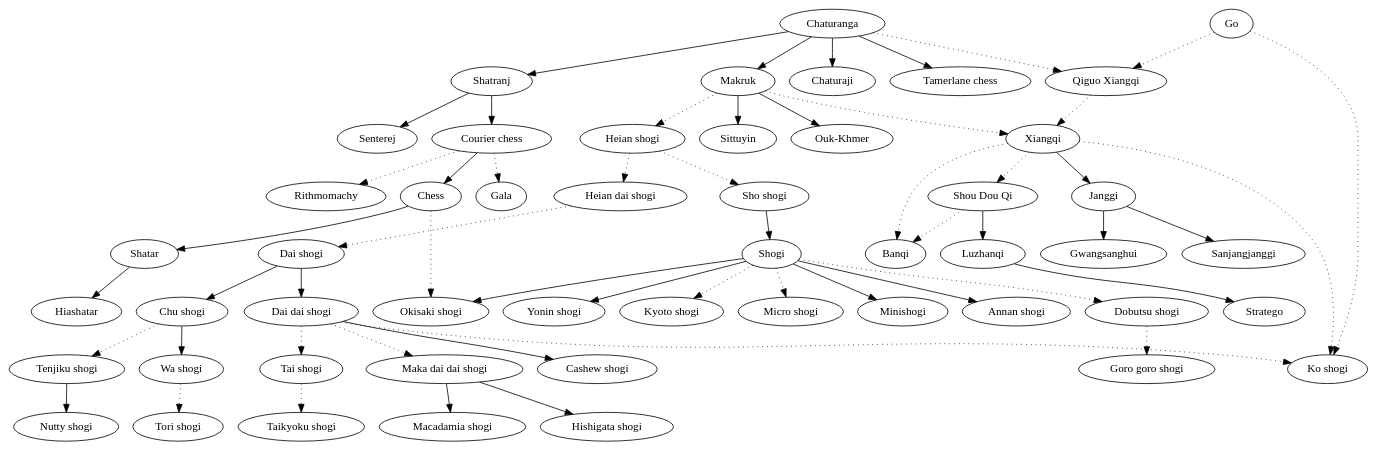
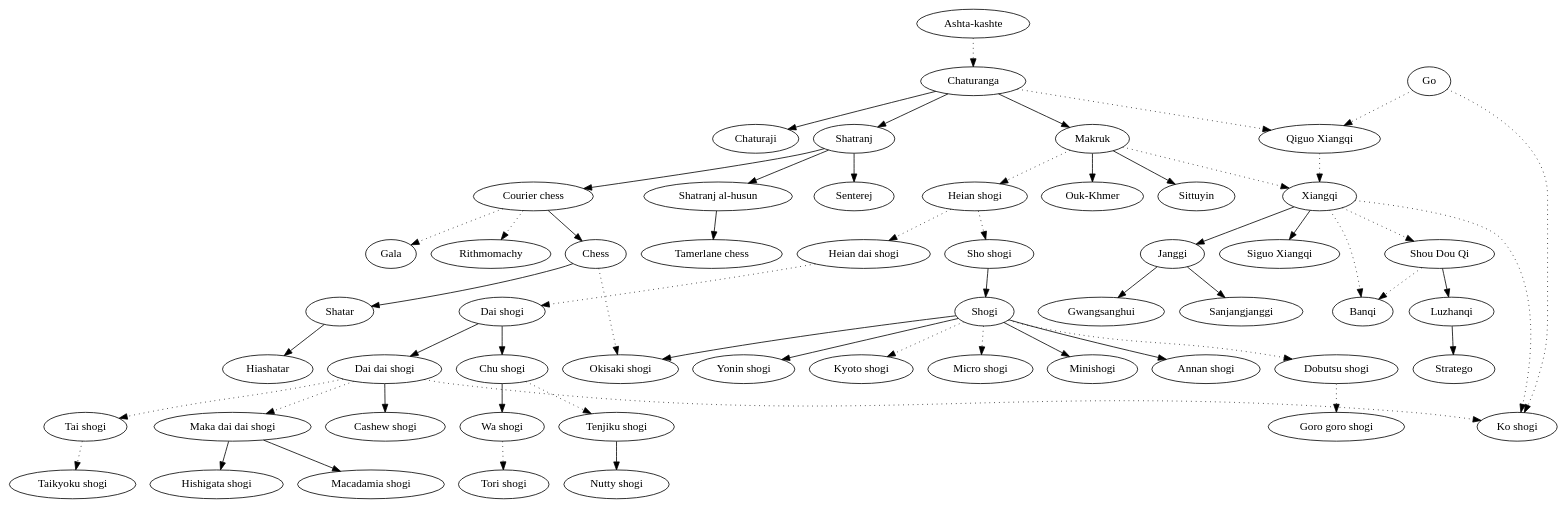
One commit to GlukKazan/DagazLibrary changed the diagram in doc/chess.gv. Above: the diagram before and after it, drawn with Graphviz. The commit also changed 3 other files, not shown here.

```diff
--- a/doc/chess.gv
+++ b/doc/chess.gv
@@ -1,56 +1,59 @@
 digraph graphname {
+    "Ashta-kashte" -> "Chaturanga"[style=dotted];
     "Chaturanga" -> "Chaturaji";
     "Chaturanga" -> "Shatranj";
-    "Chaturanga" -> "Tamerlane chess";
+    "Shatranj" -> "Shatranj al-husun";
+    "Shatranj al-husun" -> "Tamerlane chess";
     "Shatranj" -> "Senterej";
     "Chaturanga" -> "Makruk";
     "Makruk" -> "Ouk-Khmer";
     "Makruk" -> "Sittuyin";
     "Go" -> "Qiguo Xiangqi"[style=dotted];
     "Chaturanga" -> "Qiguo Xiangqi"[style=dotted];
     "Qiguo Xiangqi" -> "Xiangqi"[style=dotted];
     "Makruk" -> "Xiangqi"[style=dotted];
+    "Xiangqi" -> "Siguo Xiangqi";
     "Xiangqi" -> "Shou Dou Qi"[style=dotted];
     "Xiangqi" -> "Banqi"[style=dotted];
     "Shou Dou Qi" -> "Banqi"[style=dotted];
     "Shou Dou Qi" -> "Luzhanqi";
     "Luzhanqi" -> "Stratego";
     "Xiangqi" -> "Janggi";
     "Janggi" -> "Gwangsanghui";
     "Janggi" -> "Sanjangjanggi";
     "Sho shogi" -> "Shogi";
     "Makruk" -> "Heian shogi"[style=dotted];
     "Heian shogi" -> "Heian dai shogi"[style=dotted];
     "Heian shogi" -> "Sho shogi"[style=dotted];
     "Heian dai shogi" -> "Dai shogi"[style=dotted];
     "Dai shogi" -> "Chu shogi";
     "Dai shogi" -> "Dai dai shogi";
     "Chu shogi" -> "Tenjiku shogi"[style=dotted];
     "Dai dai shogi" -> "Maka dai dai shogi"[style=dotted];
     "Maka dai dai shogi" -> "Hishigata shogi";
     "Tenjiku shogi" -> "Nutty shogi";
     "Dai dai shogi" -> "Cashew shogi";
     "Maka dai dai shogi" -> "Macadamia shogi";
     "Dai dai shogi" -> "Tai shogi"[style=dotted];
     "Tai shogi" -> "Taikyoku shogi"[style=dotted];
     "Chu shogi" -> "Wa shogi";
     "Wa shogi" -> "Tori shogi"[style=dotted];
     "Shogi" -> "Dobutsu shogi"[style=dotted];
     "Dobutsu shogi" -> "Goro goro shogi"[style=dotted];
     "Shogi" -> "Yonin shogi";
     "Dai dai shogi" -> "Ko shogi"[style=dotted];
     "Xiangqi" -> "Ko shogi"[style=dotted];
     "Go" -> "Ko shogi"[style=dotted];
     "Shogi" -> "Kyoto shogi"[style=dotted];
     "Shogi" -> "Micro shogi"[style=dotted];
     "Shogi" -> "Minishogi";
     "Shogi" -> "Annan shogi";
     "Shogi" -> "Okisaki shogi";
     "Chess" -> "Okisaki shogi"[style=dotted];
     "Shatranj" -> "Courier chess";
     "Courier chess" -> "Gala"[style=dotted];
     "Courier chess" -> "Chess";
     "Courier chess" -> "Rithmomachy"[style=dotted];
     "Chess" -> "Shatar";
     "Shatar" -> "Hiashatar";
 }
```
